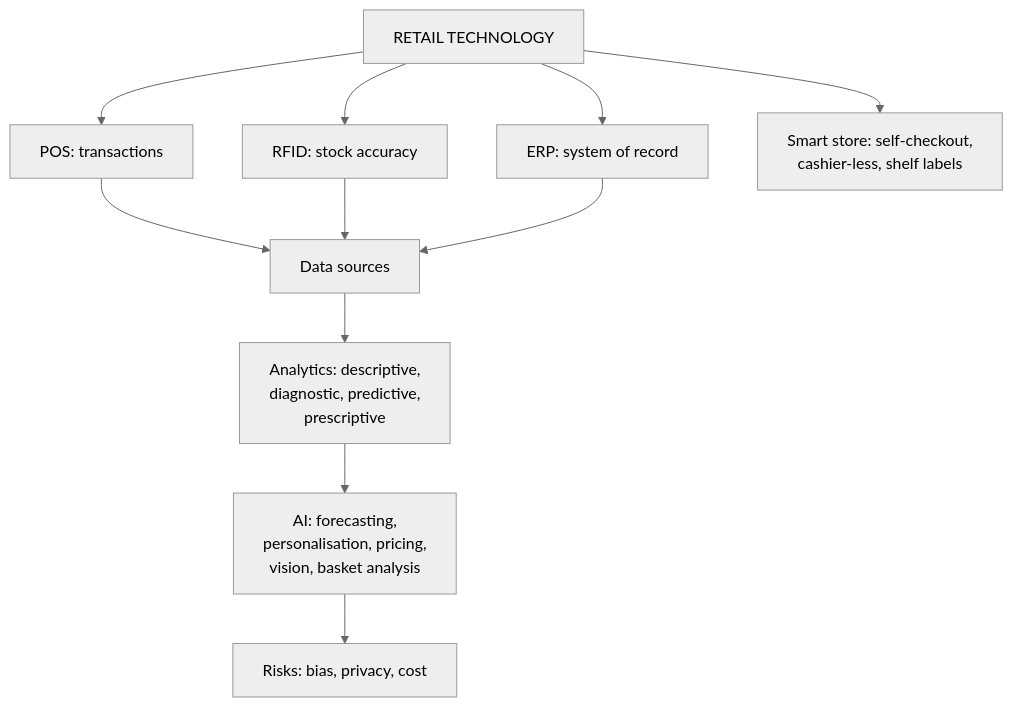
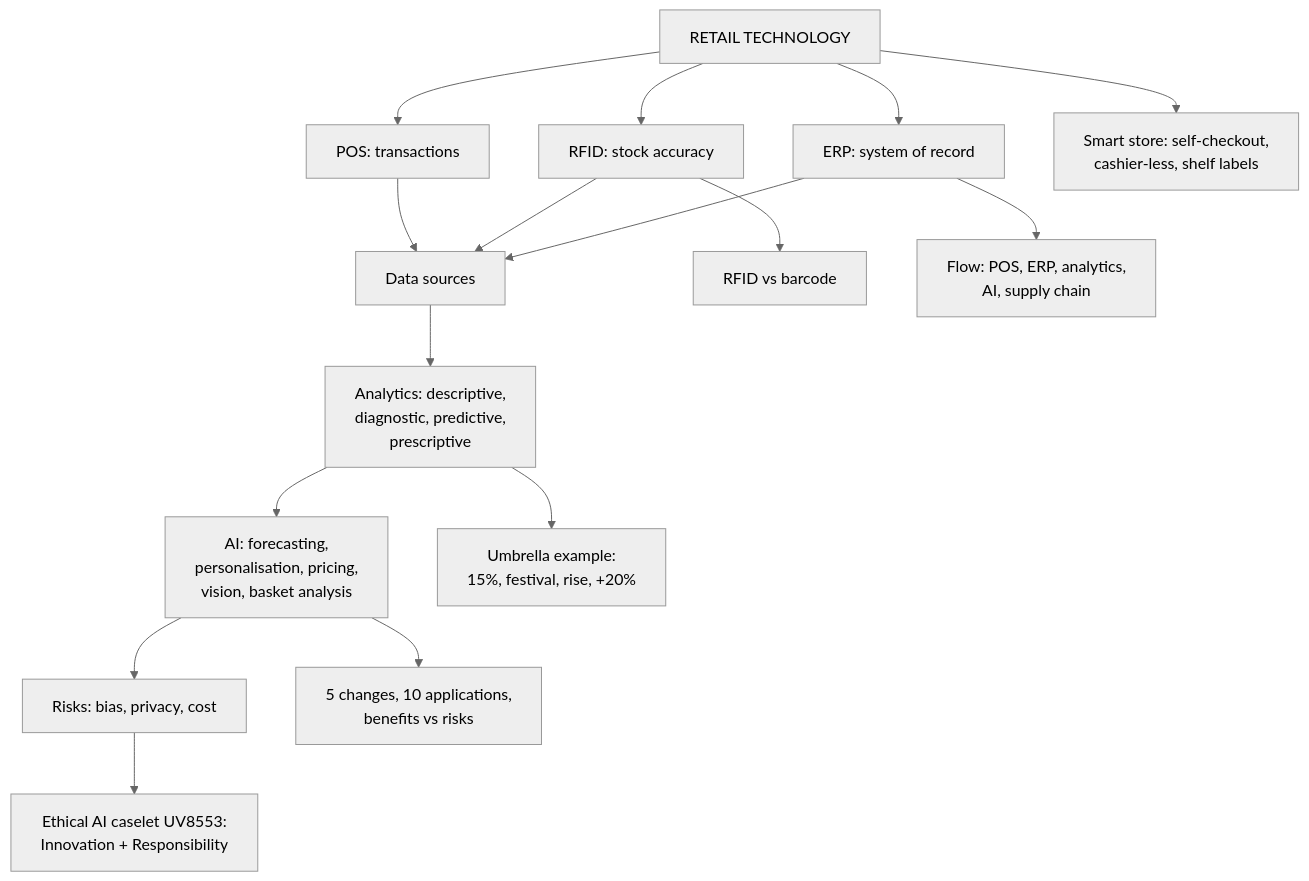
One commit to Lokiragnarock/ahhh changed the diagram in content/recall/retail-management/Retail Management Unit 5 - DR-2 Smart Stores and Retail Analytics.md. Above: the diagram before and after it, drawn with Mermaid (neutral theme). The commit also changed other lines of this file and 6 other files, not shown here.

````diff
--- a/content/recall/retail-management/Retail Management Unit 5 - DR-2 Smart Stores and Retail Analytics.md
+++ b/content/recall/retail-management/Retail Management Unit 5 - DR-2 Smart Stores and Retail Analytics.md
@@ -135,13 +284,18 @@
 ```mermaid
 graph TD
     T["RETAIL TECHNOLOGY"] --> POS["POS: transactions"]
     T --> RF["RFID: stock accuracy"]
     T --> ERP["ERP: system of record"]
     T --> SM["Smart store: self-checkout,<br/>cashier-less, shelf labels"]
     POS --> DS["Data sources"]
     RF --> DS
     ERP --> DS
     DS --> AN["Analytics: descriptive,<br/>diagnostic, predictive,<br/>prescriptive"]
     AN --> AI["AI: forecasting,<br/>personalisation, pricing,<br/>vision, basket analysis"]
     AI --> RK["Risks: bias, privacy, cost"]
+    RF --> RB["RFID vs barcode"]
+    ERP --> FL["Flow: POS, ERP, analytics,<br/>AI, supply chain"]
+    AN --> UM["Umbrella example:<br/>15%, festival, rise, +20%"]
+    AI --> TEN["5 changes, 10 applications,<br/>benefits vs risks"]
+    RK --> EA["Ethical AI caselet UV8553:<br/>Innovation + Responsibility"]
 ```
````
